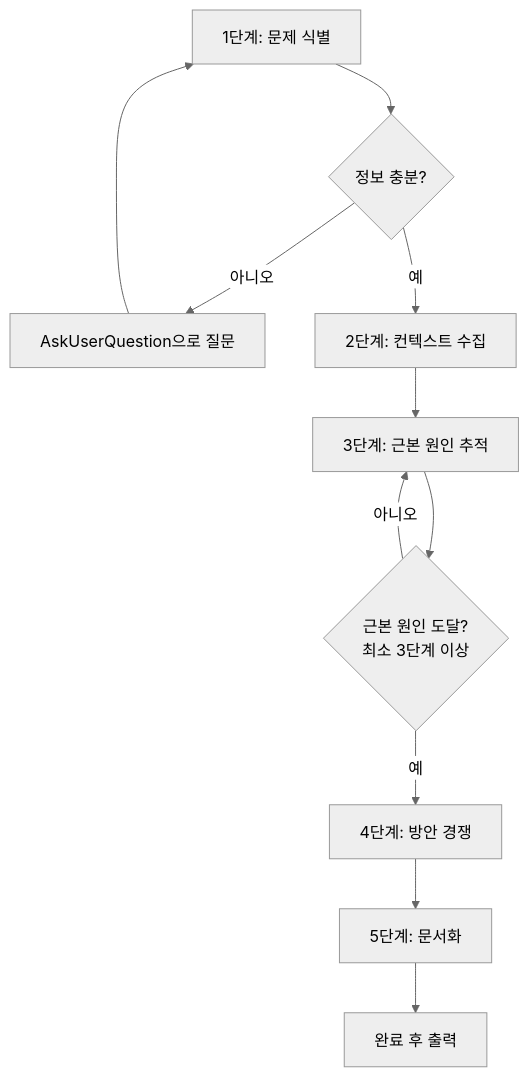
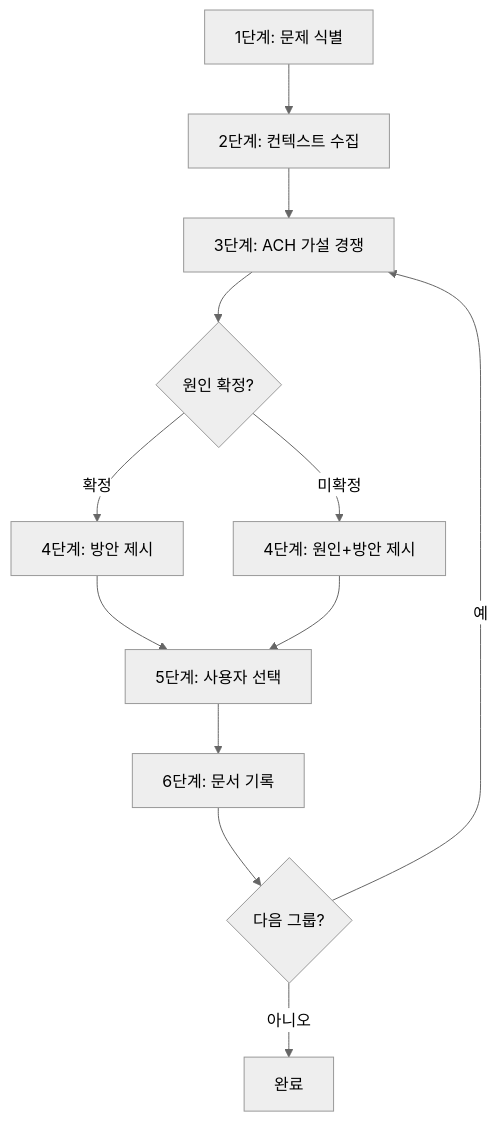
The first of 2 diagrams in .claude/skills/sd-debug/SKILL.md (kslhunter/simplysm), drawn with Mermaid (neutral theme) before and after one commit. The commit also changed other lines of this file and 72 other files, not shown here.

````diff
--- a/.claude/skills/sd-debug/SKILL.md
+++ b/.claude/skills/sd-debug/SKILL.md
@@ -18,13 +10,13 @@
 ```mermaid
 flowchart TD
-    S1[1단계: 문제 식별] --> C1{정보 충분?}
-    C1 -- 아니오 --> Ask[AskUserQuestion으로 질문]
-    Ask --> S1
-    C1 -- 예 --> S2[2단계: 컨텍스트 수집]
-    S2 --> S3[3단계: 근본 원인 추적]
-    S3 --> C2{근본 원인 도달?<br/>최소 3단계 이상}
-    C2 -- 아니오 --> S3
-    C2 -- 예 --> S4[4단계: 방안 경쟁]
-    S4 --> S5[5단계: 문서화]
-    S5 --> S6[완료 후 출력]
+    S1[1단계: 문제 식별] --> S2[2단계: 컨텍스트 수집]
+    S2 --> S3[3단계: ACH 가설 경쟁]
+    S3 --> D{원인 확정?}
+    D -- 확정 --> S4A[4단계: 방안 제시]
+    D -- 미확정 --> S4B[4단계: 원인+방안 제시]
+    S4A & S4B --> S5[5단계: 사용자 선택]
+    S5 --> S6[6단계: 문서 기록]
+    S6 --> C3{다음 그룹?}
+    C3 -- 예 --> S3
+    C3 -- 아니오 --> DONE[완료]
 ```
````
